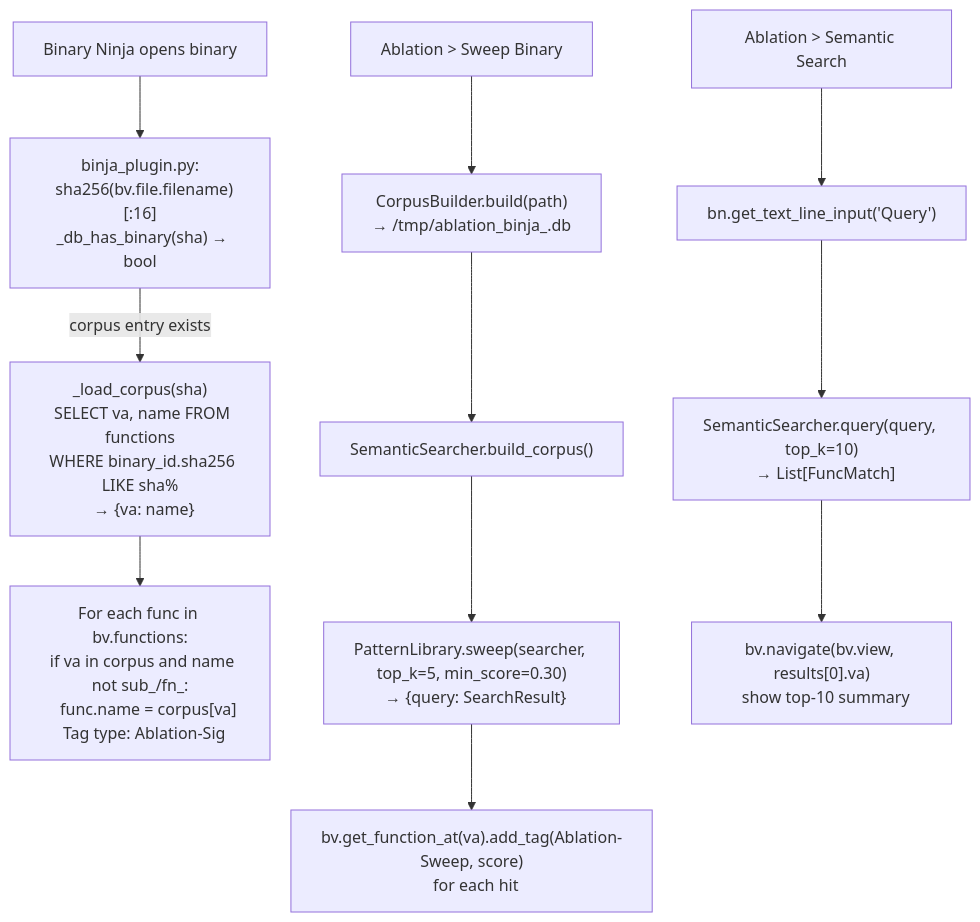
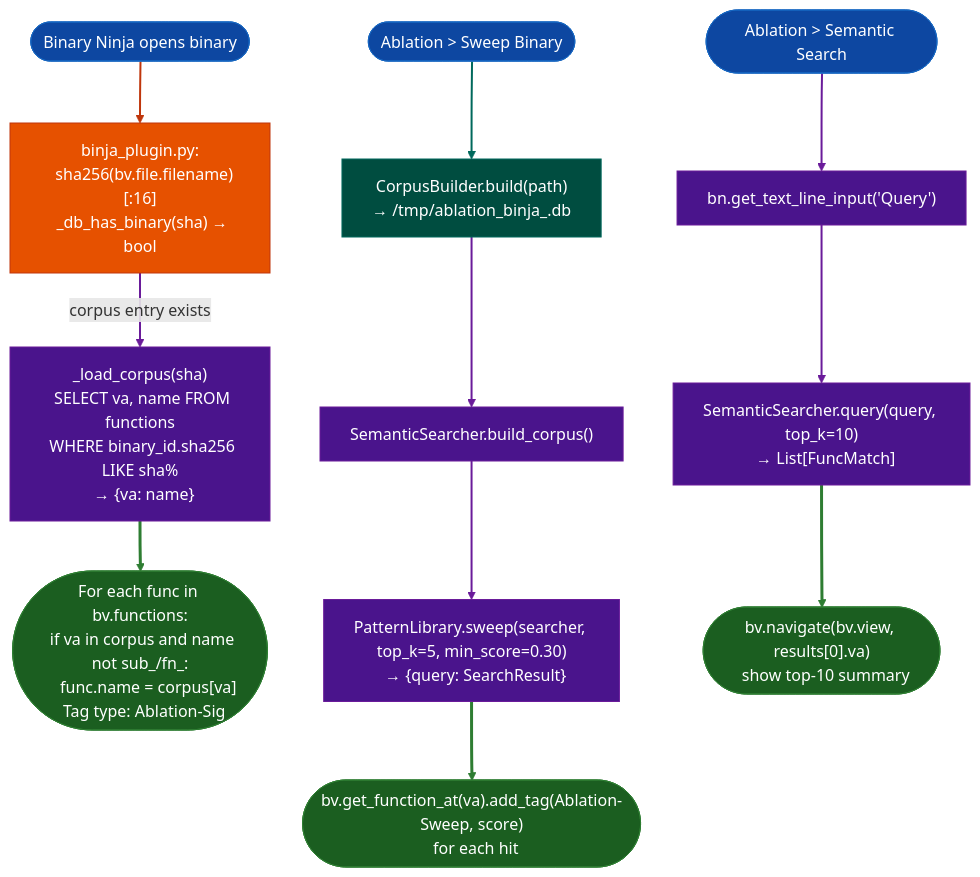
Before and after one commit to Ablation-Tool/ablation: the diagram in docs/reference-modules/binary-ninja-plugin.md, drawn with Mermaid. The commit also changed 320 other files, not shown here.

First line of the commit message:
docs: apply canonical Mermaid template to all 321 diagrams

````diff
--- a/docs/reference-modules/binary-ninja-plugin.md
+++ b/docs/reference-modules/binary-ninja-plugin.md
@@ -19,15 +19,31 @@
 ```mermaid
 flowchart TD
-    A["Binary Ninja opens binary"] --> B["binja_plugin.py:\n  sha256(bv.file.filename)[:16]\n  _db_has_binary(sha) → bool"]
-    B -->|"corpus entry exists"| C["_load_corpus(sha)\n  SELECT va, name FROM functions\n  WHERE binary_id.sha256 LIKE sha%\n  → {va: name}"]
-    C --> D["For each func in bv.functions:\n  if va in corpus and name not sub_/fn_:\n    func.name = corpus[va]\n  Tag type: Ablation-Sig"]
+    A(["Binary Ninja opens binary"]):::input --> B["binja_plugin.py:\n  sha256(bv.file.filename)[:16]\n  _db_has_binary(sha) → bool"]:::primary
+    B:::primary -->|"corpus entry exists"| C["_load_corpus(sha)\n  SELECT va, name FROM functions\n  WHERE binary_id.sha256 LIKE sha%\n  → {va: name}"]:::tertiary
+    C:::tertiary --> D(["For each func in bv.functions:\n  if va in corpus and name not sub_/fn_:\n    func.name = corpus[va]\n  Tag type: Ablation-Sig"]):::output
 
-    E["Ablation > Sweep Binary"] --> F["CorpusBuilder.build(path)\n  → /tmp/ablation_binja_<stem>.db"]
-    F --> G["SemanticSearcher.build_corpus()"]
-    G --> H["PatternLibrary.sweep(searcher, top_k=5, min_score=0.30)\n  → {query: SearchResult}"]
-    H --> I["bv.get_function_at(va).add_tag(Ablation-Sweep, score)\n  for each hit"]
+    E(["Ablation > Sweep Binary"]):::input --> F["CorpusBuilder.build(path)\n  → /tmp/ablation_binja_<stem>.db"]:::secondary
+    F:::secondary --> G["SemanticSearcher.build_corpus()"]:::tertiary
+    G:::tertiary --> H["PatternLibrary.sweep(searcher, top_k=5, min_score=0.30)\n  → {query: SearchResult}"]:::tertiary
+    H:::tertiary --> I(["bv.get_function_at(va).add_tag(Ablation-Sweep, score)\n  for each hit"]):::output
 
-    J["Ablation > Semantic Search"] --> K["bn.get_text_line_input('Query')"]
-    K --> L["SemanticSearcher.query(query, top_k=10)\n  → List[FuncMatch]"]
-    L --> M["bv.navigate(bv.view, results[0].va)\n  show top-10 summary"]
+    J(["Ablation > Semantic Search"]):::input --> K["bn.get_text_line_input('Query')"]:::tertiary
+    K:::tertiary --> L["SemanticSearcher.query(query, top_k=10)\n  → List[FuncMatch]"]:::tertiary
+    L:::tertiary --> M(["bv.navigate(bv.view, results[0].va)\n  show top-10 summary"]):::output
+    classDef input     fill:#0d47a1,stroke:#1565c0,color:#fff
+    classDef primary   fill:#e65100,stroke:#bf360c,color:#fff
+    classDef secondary fill:#004d40,stroke:#00695c,color:#fff
+    classDef tertiary  fill:#4a148c,stroke:#6a1b9a,color:#fff
+    classDef neutral   fill:#37474f,stroke:#546e7a,color:#fff
+    classDef output    fill:#1b5e20,stroke:#2e7d32,color:#fff
+    linkStyle 0 stroke:#bf360c,stroke-width:2px
+    linkStyle 1 stroke:#6a1b9a,stroke-width:2px
+    linkStyle 2 stroke:#2e7d32,stroke-width:3px
+    linkStyle 3 stroke:#00695c,stroke-width:2px
+    linkStyle 4 stroke:#6a1b9a,stroke-width:2px
+    linkStyle 5 stroke:#6a1b9a,stroke-width:2px
+    linkStyle 6 stroke:#2e7d32,stroke-width:3px
+    linkStyle 7 stroke:#6a1b9a,stroke-width:2px
+    linkStyle 8 stroke:#6a1b9a,stroke-width:2px
+    linkStyle 9 stroke:#2e7d32,stroke-width:3px
 ```
````
